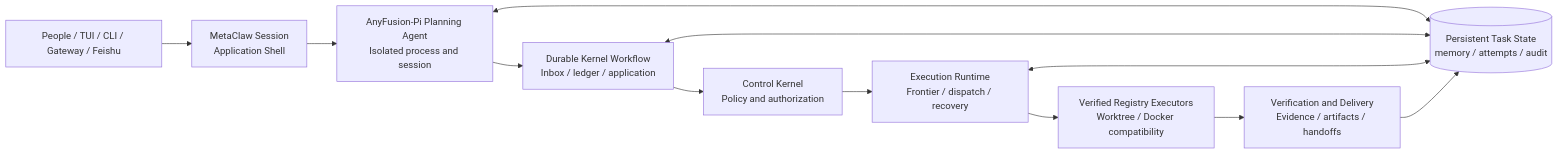
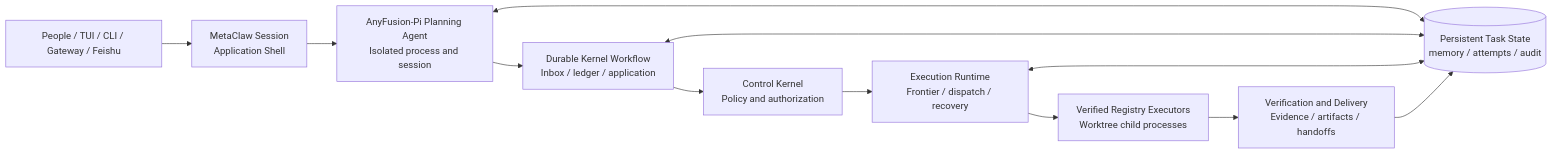
The diagram in README.md (MetaAny/AnyFusion), drawn with Mermaid before and after one commit. The commit also changed other lines of this file and 110 other files, not shown here.

Commit message:
feat: converge Ubuntu runtime and executor registry

````diff
--- a/README.md
+++ b/README.md
@@ -57,16 +57,16 @@
 ```mermaid
 flowchart LR
   Intake[People / TUI / CLI / Gateway / Feishu] --> Session[MetaClaw Session<br/>Application Shell]
   Session --> Planning[AnyFusion-Pi Planning Agent<br/>Isolated process and session]
   Planning --> Workflow[Durable Kernel Workflow<br/>Inbox / ledger / application]
   Workflow --> Kernel[Control Kernel<br/>Policy and authorization]
   Kernel --> Runtime[Execution Runtime<br/>Frontier / dispatch / recovery]
-  Runtime --> Agents[Verified Registry Executors<br/>Worktree / Docker compatibility]
+  Runtime --> Agents[Verified Registry Executors<br/>Worktree child processes]
   Agents --> Verify[Verification and Delivery<br/>Evidence / artifacts / handoffs]
 
   State[(Persistent Task State<br/>memory / attempts / audit)]
   Planning <--> State
   Workflow <--> State
   Runtime <--> State
   Verify --> State
 ```
````
